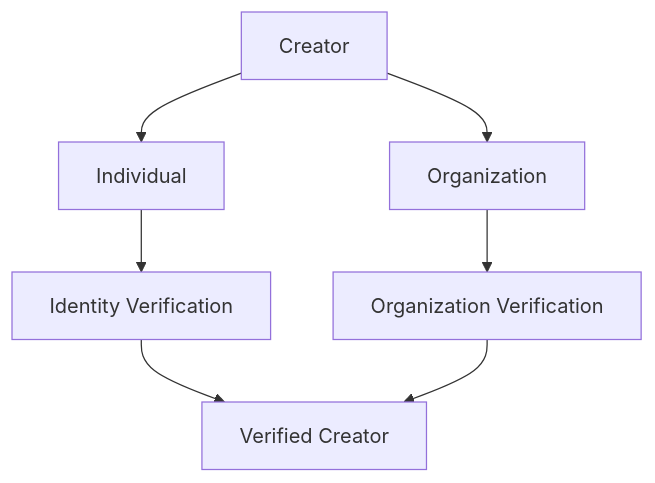
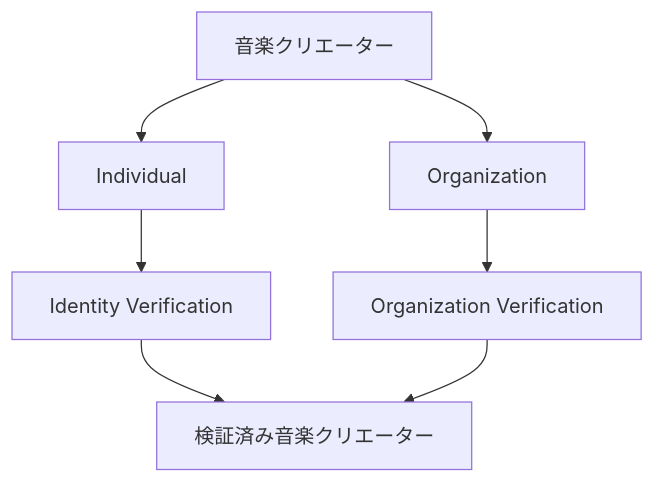
Before and after one commit to ShigeichiroYamasaki/creator-first-platform: the fifth of 29 diagrams in docs/whitepaper/05-creator-onboarding.md, drawn with Mermaid. The commit also changed other lines of this file and 67 other files, not shown here.

````diff
--- a/docs/whitepaper/05-creator-onboarding.md
+++ b/docs/whitepaper/05-creator-onboarding.md
@@ -194,13 +194,13 @@
 ```mermaid
 flowchart TD
-    CREATOR[Creator]
+    CREATOR[音楽クリエーター]
 
     CREATOR --> PERSON[Individual]
     CREATOR --> ORG[Organization]
 
     PERSON --> KYC[Identity Verification]
     ORG --> KYB[Organization Verification]
 
-    KYC --> VERIFIED[Verified Creator]
+    KYC --> VERIFIED[検証済み音楽クリエーター]
     KYB --> VERIFIED
 ```
````
